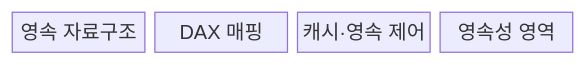
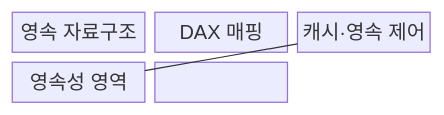
One commit to agnusdei1207/knowledge-base changed the first of 2 diagrams in src/content/docs/notes/02-hardware/082_persistent_memory.md. Above: the diagram before and after it, drawn with Mermaid. The commit also changed other lines of this file and 86 other files, not shown here.

````diff
--- a/src/content/docs/notes/02-hardware/082_persistent_memory.md
+++ b/src/content/docs/notes/02-hardware/082_persistent_memory.md
@@ -66,8 +66,10 @@
 ```mermaid
-block
-  columns 4
+block-beta
+  columns 3
   A["영속 자료구조"]
   B["DAX 매핑"]
   C["캐시·영속 제어"]
   D["영속성 영역"]
+  A --- B --- C
+  C --- D
 ```
````
